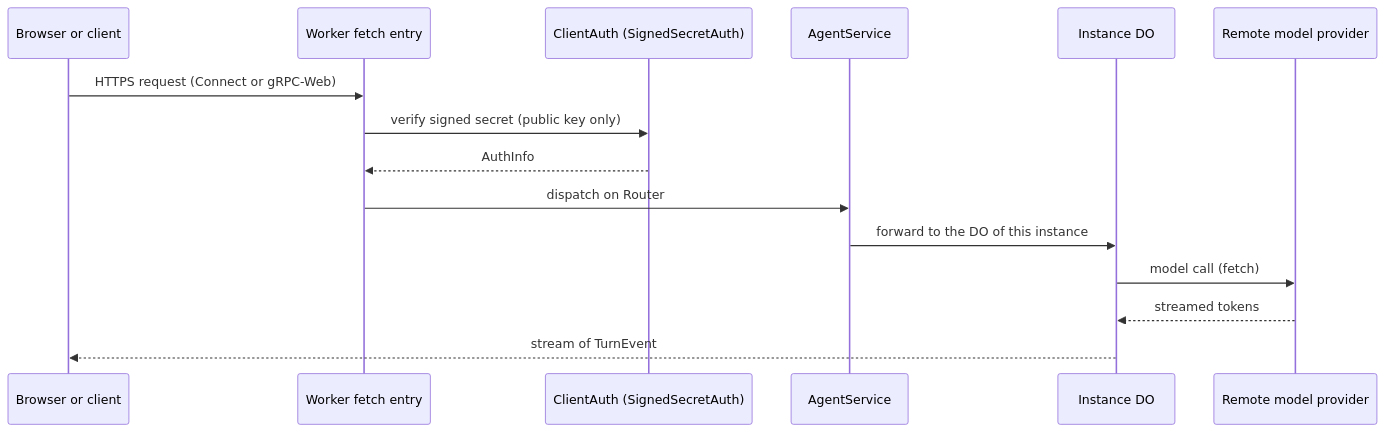
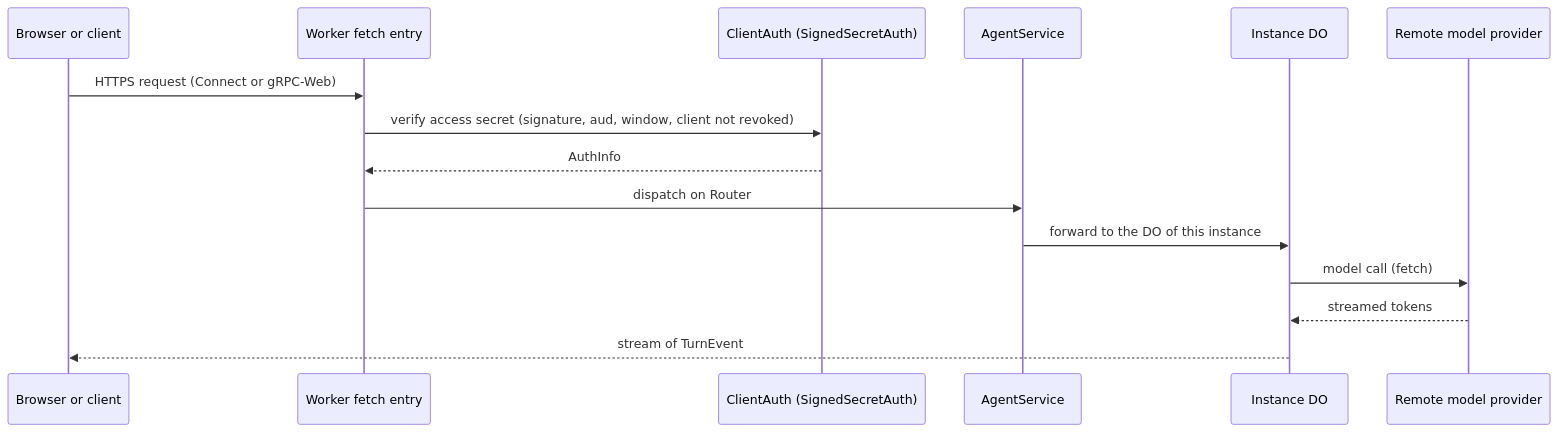
The fourth of 6 diagrams in specifications/65-agent-rpc-serving-system/features/07-pluggable-agent-rpc/feature.md (ewe-studios/ewe_platform), drawn with Mermaid before and after one commit. The commit also changed other lines of this file and 5 other files, not shown here.

````diff
--- a/specifications/65-agent-rpc-serving-system/features/07-pluggable-agent-rpc/feature.md
+++ b/specifications/65-agent-rpc-serving-system/features/07-pluggable-agent-rpc/feature.md
@@ -337,17 +339,17 @@
 ```mermaid
 sequenceDiagram
     participant B as Browser or client
     participant W as Worker fetch entry
     participant A as ClientAuth (SignedSecretAuth)
     participant S as AgentService
     participant D as Instance DO
     participant P as Remote model provider
     B->>W: HTTPS request (Connect or gRPC-Web)
-    W->>A: verify signed secret (public key only)
+    W->>A: verify access secret (signature, aud, window, client not revoked)
     A-->>W: AuthInfo
     W->>S: dispatch on Router
     S->>D: forward to the DO of this instance
     D->>P: model call (fetch)
     P-->>D: streamed tokens
     D-->>B: stream of TurnEvent
 ```
````
